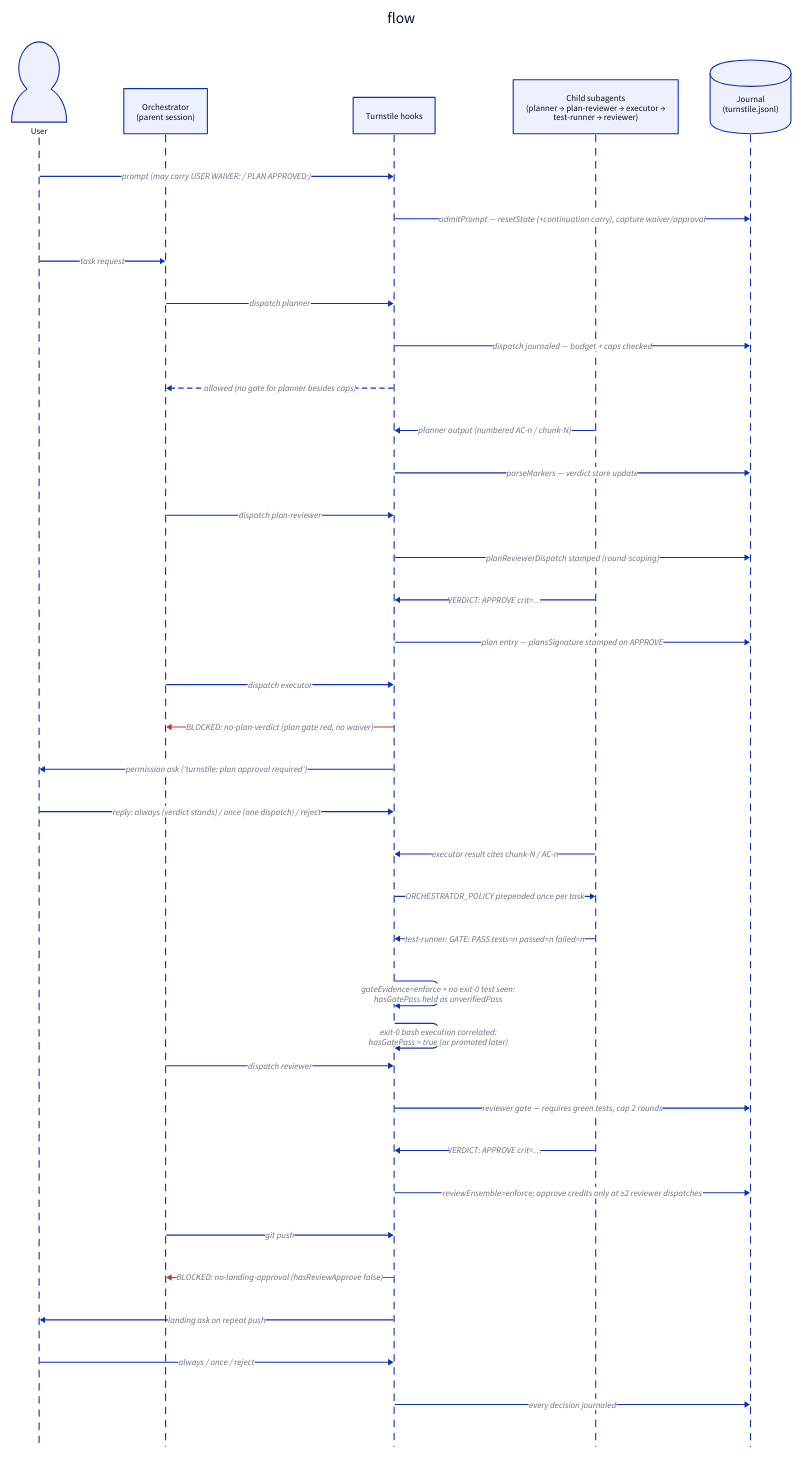
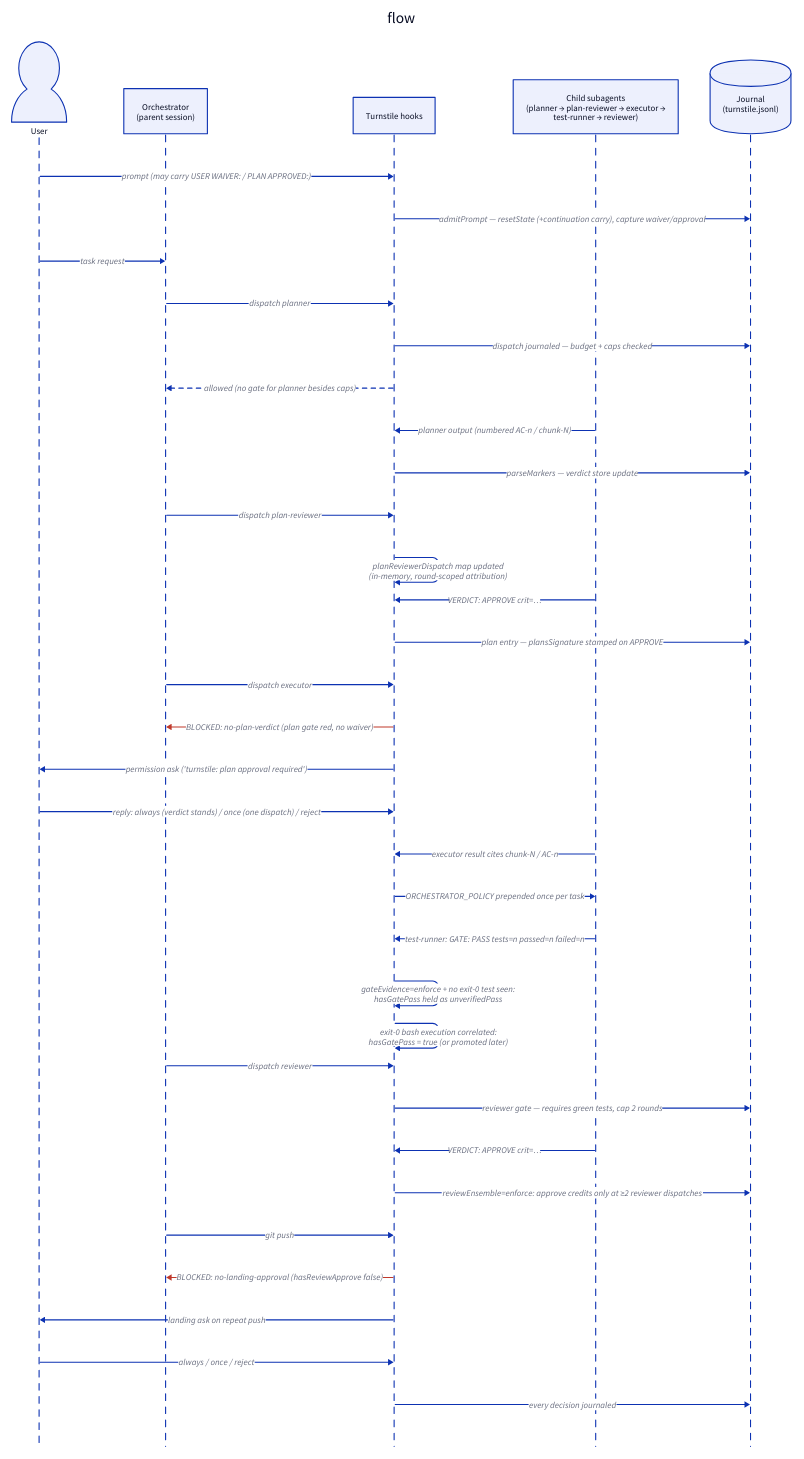
One commit to edseabolt/turnstile changed the diagram in docs/diagrams/d03-task-flow.d2. Above: the diagram before and after it, drawn with D2. The commit also changed 8 other files, not shown here.

First line of the commit message:
docs: fix diagram inaccuracies and add missing executor to gate state

```diff
--- a/docs/diagrams/d03-task-flow.d2
+++ b/docs/diagrams/d03-task-flow.d2
@@ -1,57 +1,57 @@
 flow: {
   shape: sequence_diagram
   user: "User" {
     shape: person
   }
   orch: "Orchestrator\n(parent session)"
   hooks: "Turnstile hooks"
   agents: "Child subagents\n(planner → plan-reviewer → executor →\ntest-runner → reviewer)"
   journal: "Journal\n(turnstile.jsonl)" {
     shape: cylinder
   }
 
   user -> hooks: "prompt (may carry USER WAIVER: / PLAN APPROVED:)"
   hooks -> journal: "admitPrompt — resetState (+continuation carry), capture waiver/approval"
   user -> orch: "task request"
 
   orch -> hooks: "dispatch planner"
   hooks -> journal: "dispatch journaled — budget + caps checked"
   hooks -> orch: "allowed (no gate for planner besides caps)" {
     style.stroke-dash: 4
   }
   agents -> hooks: "planner output (numbered AC-n / chunk-N)"
   hooks -> journal: "parseMarkers — verdict store update"
 
   orch -> hooks: "dispatch plan-reviewer"
-  hooks -> journal: "planReviewerDispatch stamped (round-scoping)"
+  hooks -> hooks: "planReviewerDispatch map updated\n(in-memory, round-scoped attribution)"
   agents -> hooks: "VERDICT: APPROVE crit=…"
   hooks -> journal: "plan entry — plansSignature stamped on APPROVE"
 
   orch -> hooks: "dispatch executor"
   hooks -> orch: "BLOCKED: no-plan-verdict (plan gate red, no waiver)" {
     style.stroke: "#c0392b"
   }
   hooks -> user: "permission ask ('turnstile: plan approval required')"
   user -> hooks: "reply: always (verdict stands) / once (one dispatch) / reject"
 
   agents -> hooks: "executor result cites chunk-N / AC-n"
   hooks -> agents: "ORCHESTRATOR_POLICY prepended once per task"
 
   agents -> hooks: "test-runner: GATE: PASS tests=n passed=n failed=n"
   hooks -> hooks: "gateEvidence=enforce + no exit-0 test seen:\nhasGatePass held as unverifiedPass"
   hooks -> hooks: "exit-0 bash execution correlated:\nhasGatePass = true (or promoted later)"
 
   orch -> hooks: "dispatch reviewer"
   hooks -> journal: "reviewer gate — requires green tests, cap 2 rounds"
   agents -> hooks: "VERDICT: APPROVE crit=…"
   hooks -> journal: "reviewEnsemble=enforce: approve credits only at ≥2 reviewer dispatches"
 
   orch -> hooks: "git push"
   hooks -> orch: "BLOCKED: no-landing-approval (hasReviewApprove false)" {
     style.stroke: "#c0392b"
   }
   hooks -> user: "landing ask on repeat push"
   user -> hooks: "always / once / reject"
 
   hooks -> journal: "every decision journaled"
 }
```
